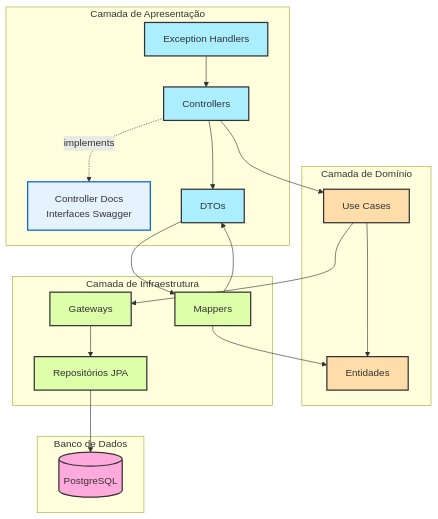
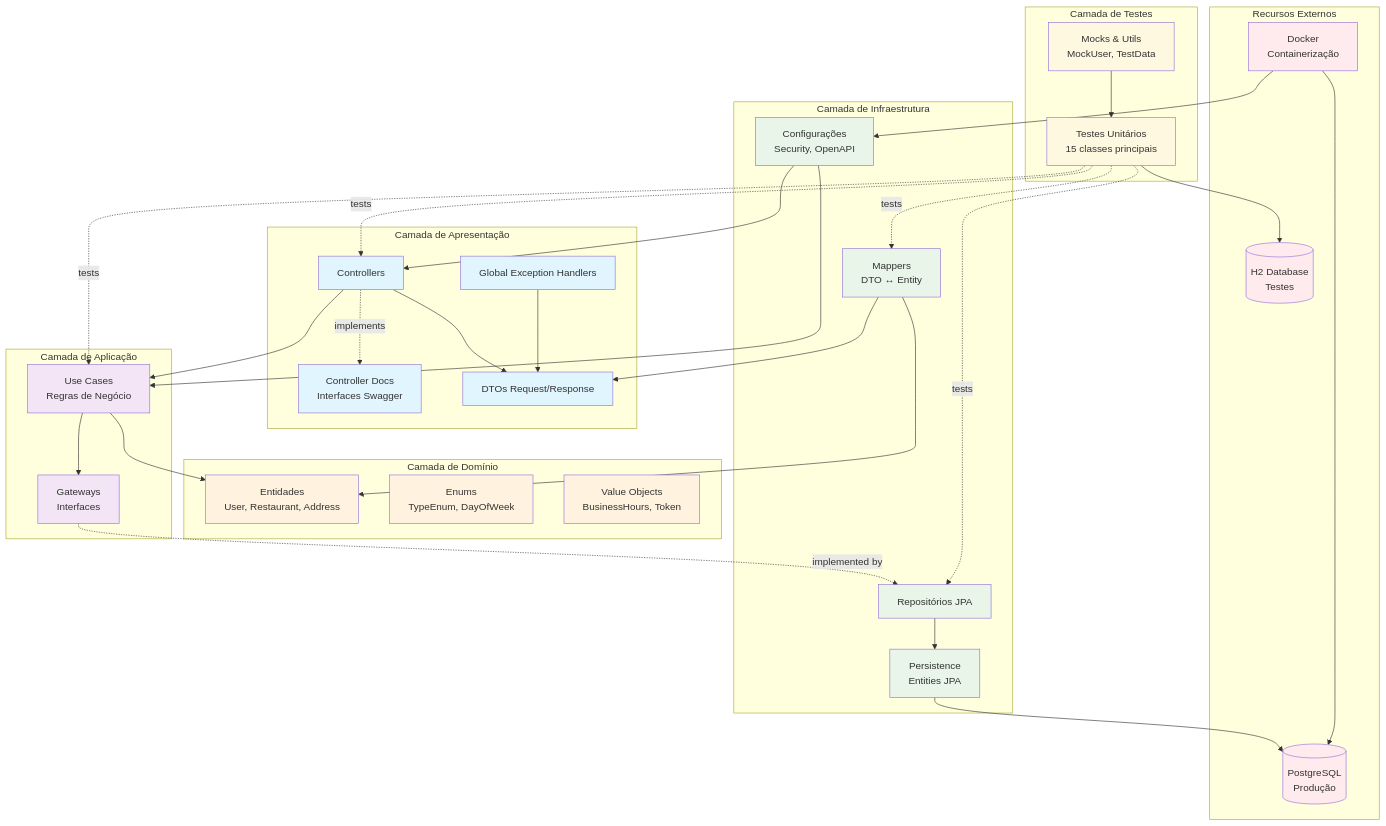
The diagram in architecture.md (girlsTechChallenges/fortaleza-de-sabor-fiap), drawn with Mermaid before and after one commit. The commit also changed other lines of this file and 22 other files, not shown here.

First line of the commit message:
fix: Adicionar validação @Valid para objetos aninhados AddressDto

````diff
--- a/architecture.md
+++ b/architecture.md
@@ -3,51 +9,80 @@
 ```mermaid
 graph TD
     %% Camadas da Aplicação
     subgraph Apresentação[Camada de Apresentação]
         A[Controllers]
         ControllerDocs[Controller Docs<br/>Interfaces Swagger]
-        DTOs[DTOs]
-        ExceptionHandlers[Exception Handlers]
+        DTOs[DTOs Request/Response]
+        ExceptionHandlers[Global Exception Handlers]
+    end
+
+    subgraph Aplicação[Camada de Aplicação]
+        UseCases[Use Cases<br/>Regras de Negócio]
+        Gateways[Gateways<br/>Interfaces]
     end
 
     subgraph Domínio[Camada de Domínio]
-        UseCases[Use Cases]
-        Entities[Entidades]
+        Entities[Entidades<br/>User, Restaurant, Address]
+        Enums[Enums<br/>TypeEnum, DayOfWeek]
+        ValueObjects[Value Objects<br/>BusinessHours, Token]
     end
 
     subgraph Infraestrutura[Camada de Infraestrutura]
-        Gateways[Gateways]
-        Repositories[Repositórios JPA]
-        Mappers[Mappers]
+        RepositoriesJPA[Repositórios JPA]
+        Mappers[Mappers<br/>DTO ↔ Entity]
+        Config[Configurações<br/>Security, OpenAPI]
+        Persistence[Persistence<br/>Entities JPA]
     end
 
-    subgraph Database[Banco de Dados]
-        PostgreSQL[(PostgreSQL)]
+    subgraph External[Recursos Externos]
+        PostgreSQL[(PostgreSQL<br/>Produção)]
+        H2[(H2 Database<br/>Testes)]
+        Docker[Docker<br/>Containerização]
+    end
+
+    subgraph Testing[Camada de Testes]
+        UnitTests[Testes Unitários<br/>15 classes principais]
+        TestUtils[Mocks & Utils<br/>MockUser, TestData]
     end
 
     %% Relacionamentos
     A --> DTOs
     A -.implements.-> ControllerDocs
-    DTOs --> Mappers
     A --> UseCases
-    ExceptionHandlers --> A
+    UseCases --> Gateways
     UseCases --> Entities
-    UseCases --> Gateways
-    Gateways --> Repositories
-    Repositories --> PostgreSQL
+    Gateways -.implemented by.-> RepositoriesJPA
+    RepositoriesJPA --> Persistence
+    Persistence --> PostgreSQL
+    Mappers --> DTOs
     Mappers --> Entities
-    Mappers --> DTOs
+    ExceptionHandlers --> DTOs
+    
+    %% Relacionamentos de Teste
+    UnitTests -.tests.-> A
+    UnitTests -.tests.-> UseCases
+    UnitTests -.tests.-> RepositoriesJPA
+    UnitTests -.tests.-> Mappers
+    UnitTests --> H2
+    TestUtils --> UnitTests
 
-    %% Estilização
-    classDef presentation fill:#aef,stroke:#333,stroke-width:2px
-    classDef domain fill:#fda,stroke:#333,stroke-width:2px
-    classDef infrastructure fill:#dfa,stroke:#333,stroke-width:2px
-    classDef database fill:#fad,stroke:#333,stroke-width:2px
-    classDef documentation fill:#e6f3ff,stroke:#0066cc,stroke-width:2px
+    %% Configurações
+    Config --> A
+    Config --> UseCases
+    Docker --> PostgreSQL
+    Docker --> Config
 
-    class A,DTOs,ExceptionHandlers presentation
-    class ControllerDocs documentation
-    class UseCases,Entities domain
-    class Gateways,Repositories,Mappers infrastructure
-    class PostgreSQL database
+    classDef apresentacao fill:#e1f5fe
+    classDef aplicacao fill:#f3e5f5
+    classDef dominio fill:#fff3e0
+    classDef infraestrutura fill:#e8f5e8
+    classDef external fill:#ffebee
+    classDef testing fill:#fff8e1
+
+    class A,ControllerDocs,DTOs,ExceptionHandlers apresentacao
+    class UseCases,Gateways aplicacao
+    class Entities,Enums,ValueObjects dominio
+    class RepositoriesJPA,Mappers,Config,Persistence infraestrutura
+    class PostgreSQL,H2,Docker external
+    class UnitTests,TestUtils testing
 ```
````
